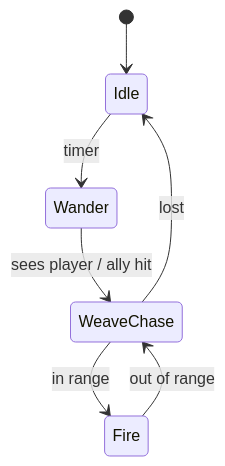
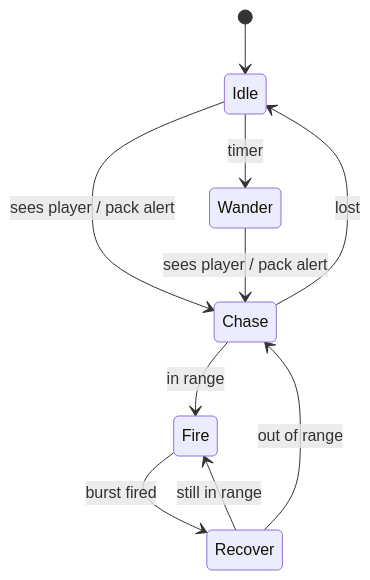
Diagram 15 of 51 in design/docs/enemies.md (lownpho/mages), drawn with Mermaid before and after one commit. The commit also changed other lines of this file and 21 other files, not shown here.

````diff
--- a/design/docs/enemies.md
+++ b/design/docs/enemies.md
@@ -485,9 +439,12 @@
 ```mermaid
 stateDiagram-v2
     [*] --> Idle
     Idle --> Wander : timer
-    Wander --> WeaveChase : sees player / ally hit
-    WeaveChase --> Fire : in range
-    Fire --> WeaveChase : out of range
-    WeaveChase --> Idle : lost
+    Idle --> Chase : sees player / pack alert
+    Wander --> Chase : sees player / pack alert
+    Chase --> Fire : in range
+    Fire --> Recover : burst fired
+    Recover --> Fire : still in range
+    Recover --> Chase : out of range
+    Chase --> Idle : lost
 ```
````
